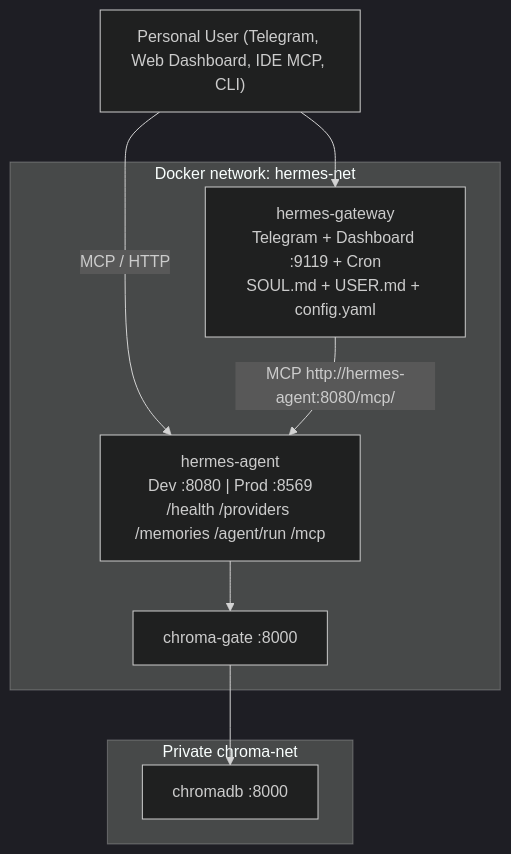
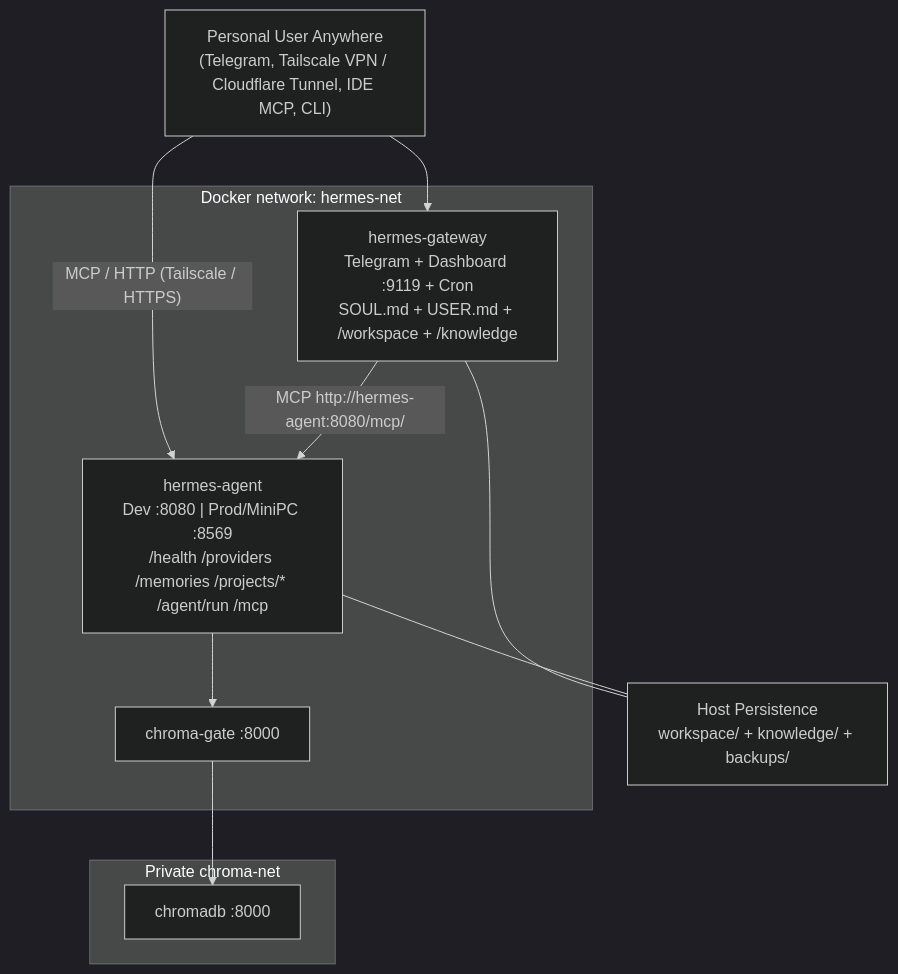
One commit to Sadramst/hermes-agent changed the diagram in README.md. Above: the diagram before and after it, drawn with Mermaid (dark theme). The commit also changed other lines of this file and 34 other files, not shown here.

First line of the commit message:
v0.6.0: Add Mini PC Personal Brain, Multi-Project Workspace Commander, and Remote Access

````diff
--- a/README.md
+++ b/README.md
@@ -11,16 +11,20 @@
 ```mermaid
 flowchart TB
-  user["Personal User (Telegram, Web Dashboard, IDE MCP, CLI)"]
+  user["Personal User Anywhere\n(Telegram, Tailscale VPN / Cloudflare Tunnel, IDE MCP, CLI)"]
   subgraph net ["Docker network: hermes-net"]
-    gateway["hermes-gateway\nTelegram + Dashboard :9119 + Cron\nSOUL.md + USER.md + config.yaml"]
-    agent["hermes-agent\nDev :8080 | Prod :8569\n/health /providers /memories /agent/run /mcp"]
+    gateway["hermes-gateway\nTelegram + Dashboard :9119 + Cron\nSOUL.md + USER.md + /workspace + /knowledge"]
+    agent["hermes-agent\nDev :8080 | Prod/MiniPC :8569\n/health /providers /memories /projects/* /agent/run /mcp"]
     gate["chroma-gate :8000"]
   end
   subgraph chromaNet ["Private chroma-net"]
     chroma["chromadb :8000"]
   end
+  host["Host Persistence\nworkspace/ + knowledge/ + backups/"]
+
   user --> gateway
-  user -->|"MCP / HTTP"| agent
+  user -->|"MCP / HTTP (Tailscale / HTTPS)"| agent
   gateway -->|"MCP http://hermes-agent:8080/mcp/"| agent
   agent --> gate --> chroma
+  gateway --- host
+  agent --- host
 ```
````
